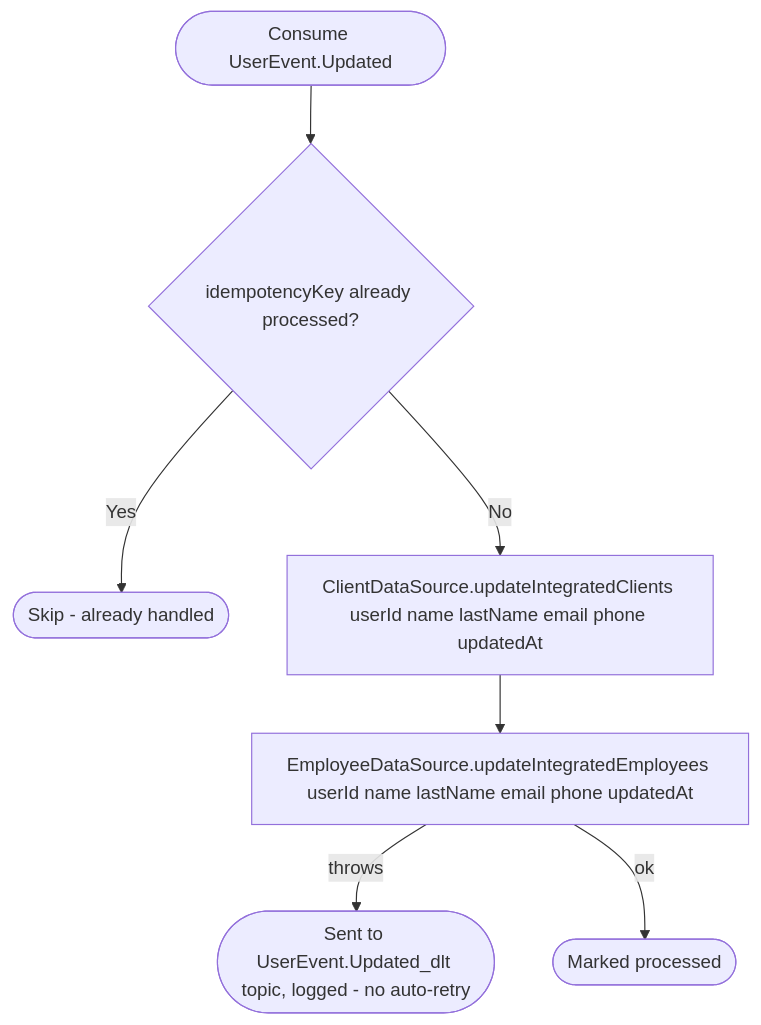
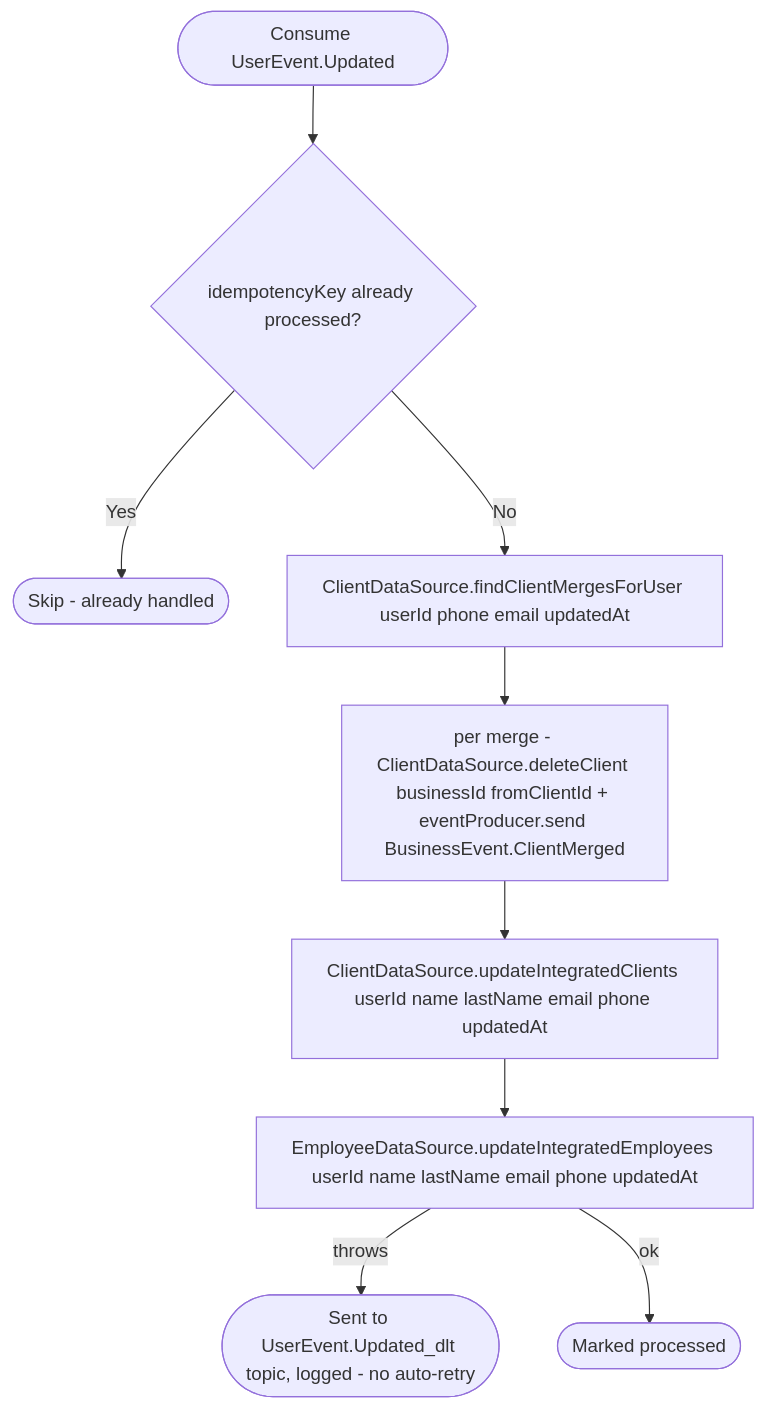
One commit to nocturneproperties/bookkme changed the diagram in docs/operations/business/on-user-updated.md. Above: the diagram before and after it, drawn with Mermaid. The commit also changed other lines of this file and 69 other files, not shown here.

````diff
--- a/docs/operations/business/on-user-updated.md
+++ b/docs/operations/business/on-user-updated.md
@@ -11,9 +24,11 @@
 ```mermaid
 flowchart TD
     Start([Consume UserEvent.Updated]) --> Dedup{idempotencyKey already processed?}
     Dedup -- Yes --> Skip([Skip - already handled])
-    Dedup -- No --> UpdClients[ClientDataSource.updateIntegratedClients userId name lastName email phone updatedAt]
+    Dedup -- No --> Find[ClientDataSource.findClientMergesForUser userId phone email updatedAt]
+    Find --> Merge[per merge - ClientDataSource.deleteClient businessId fromClientId + eventProducer.send BusinessEvent.ClientMerged]
+    Merge --> UpdClients[ClientDataSource.updateIntegratedClients userId name lastName email phone updatedAt]
     UpdClients --> UpdEmployees[EmployeeDataSource.updateIntegratedEmployees userId name lastName email phone updatedAt]
     UpdEmployees -- throws --> Dlt([Sent to UserEvent.Updated_dlt topic, logged - no auto-retry])
     UpdEmployees -- ok --> Ack([Marked processed])
 ```
````
